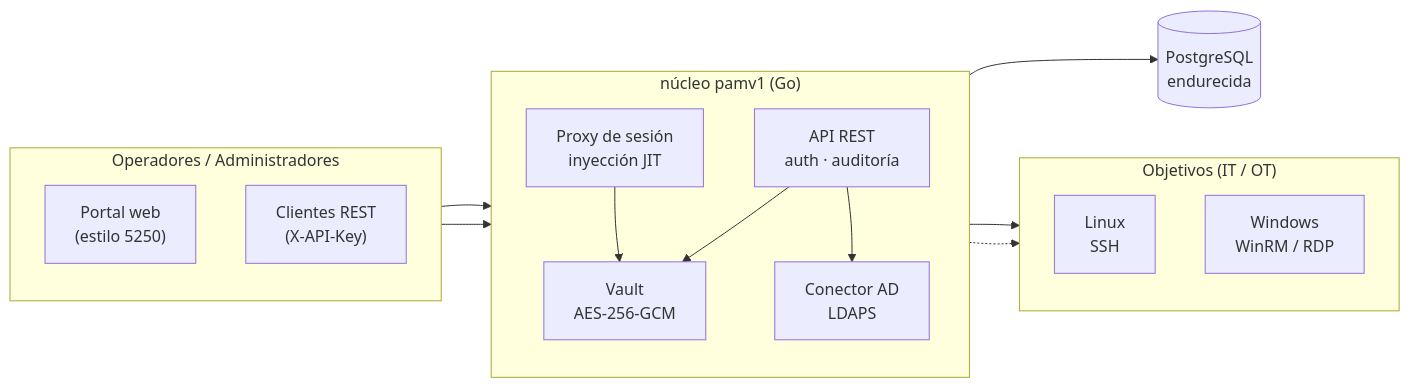
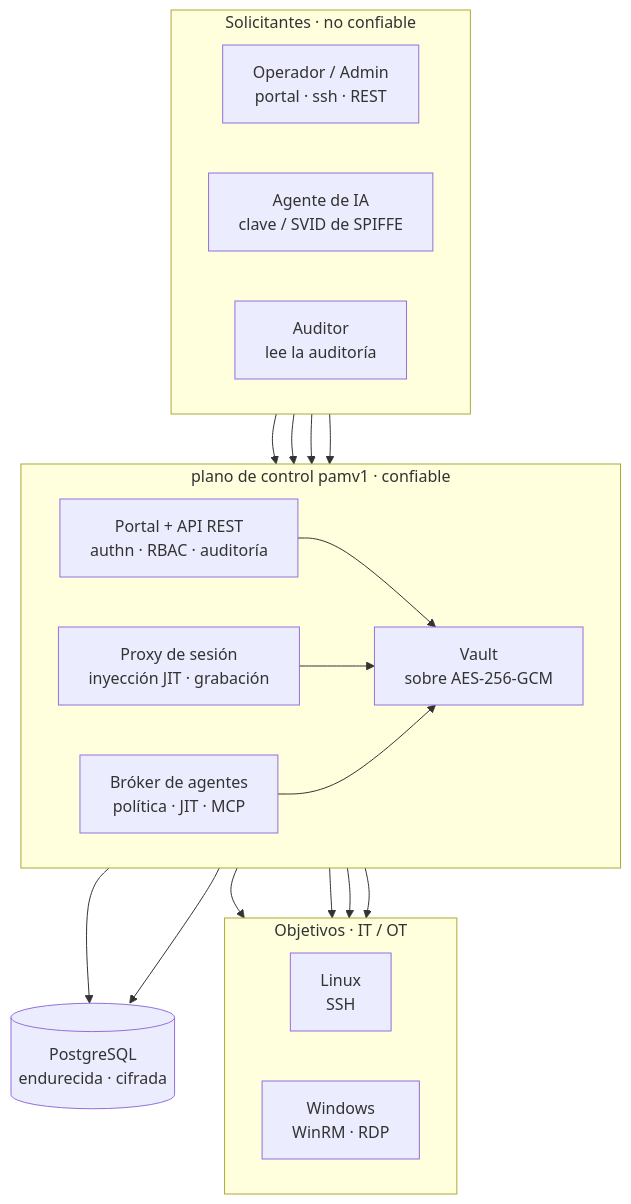
One commit to morandeirachema/pamv1 changed the first of 2 diagrams in README.es.md. Above: the diagram before and after it, drawn with Mermaid. The commit also changed other lines of this file and 1 other file, not shown here.

````diff
--- a/README.es.md
+++ b/README.es.md
@@ -33,33 +53,39 @@
 ```mermaid
-flowchart LR
-    subgraph CLIENTS[" Operadores / Administradores "]
-        direction TB
-        PORTAL["  Portal web  <br/>  (estilo 5250)  "]
-        REST["  Clientes REST  <br/>  (X-API-Key)  "]
+flowchart TB
+    subgraph REQ[" Solicitantes · no confiable "]
+        direction LR
+        OPS["Operador / Admin<br/>portal · ssh · REST"]
+        AGENT["Agente de IA<br/>clave / SVID de SPIFFE"]
+        AUD["Auditor<br/>lee la auditoría"]
     end
 
-    subgraph CORE[" núcleo pamv1 (Go) "]
-        direction TB
-        API["  API REST  <br/>  auth · auditoría  "]
-        VAULT["  Vault  <br/>  AES-256-GCM  "]
-        PROXY["  Proxy de sesión  <br/>  inyección JIT  "]
-        ADC["  Conector AD  <br/>  LDAPS  "]
+    subgraph CP[" plano de control pamv1 · confiable "]
+        direction LR
+        API["Portal + API REST<br/>authn · RBAC · auditoría"]
+        PROXY["Proxy de sesión<br/>inyección JIT · grabación"]
+        BROKER["Bróker de agentes<br/>política · JIT · MCP"]
+        VAULT["Vault<br/>sobre AES-256-GCM"]
     end
 
-    DB[("  PostgreSQL  <br/>  endurecida  ")]
+    DB[("PostgreSQL<br/>endurecida · cifrada")]
 
-    subgraph TARGETS[" Objetivos (IT / OT) "]
-        direction TB
-        LNX["  Linux  <br/>  SSH  "]
-        WIN["  Windows  <br/>  WinRM / RDP  "]
+    subgraph TGT[" Objetivos · IT / OT "]
+        direction LR
+        LNX["Linux<br/>SSH"]
+        WIN["Windows<br/>WinRM · RDP"]
     end
 
-    PORTAL --> API
-    REST --> API
+    OPS --> API
+    OPS --> PROXY
+    AGENT --> BROKER
+    AUD --> API
     API --> VAULT
+    PROXY --> VAULT
+    BROKER --> VAULT
     VAULT --> DB
-    API --> ADC
-    PROXY --> VAULT
+    API --> DB
     PROXY --> LNX
-    PROXY -.-> WIN
+    PROXY --> WIN
+    BROKER --> LNX
+    BROKER --> WIN
 ```
````
